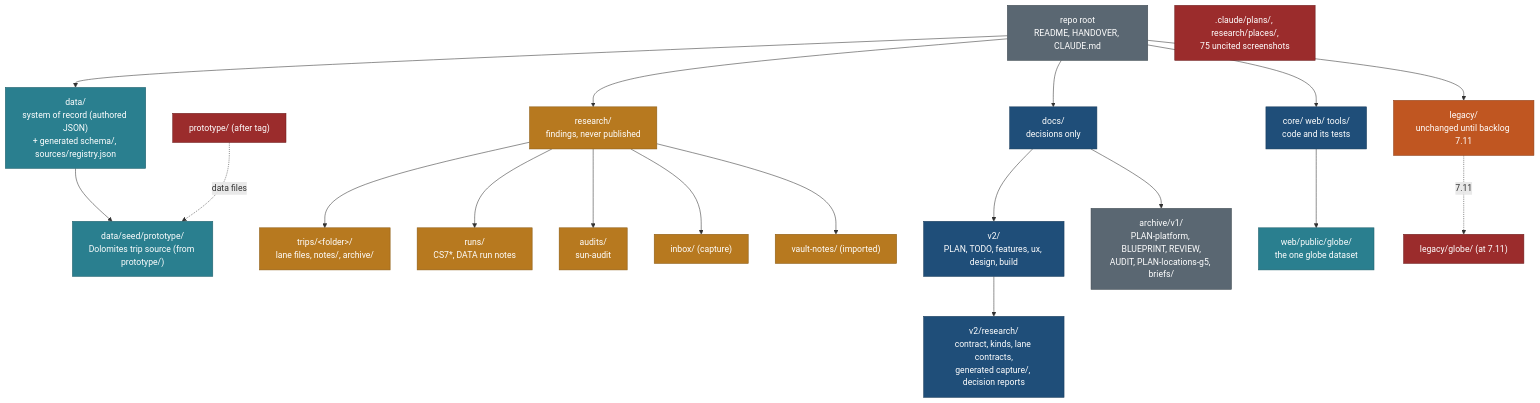
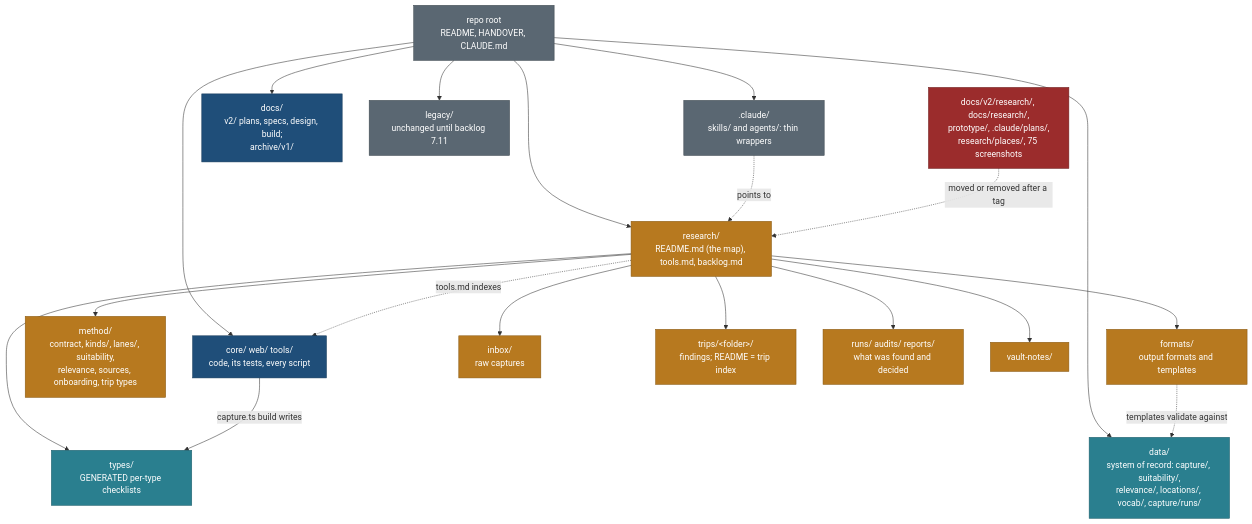
One commit to nitin27may/travel changed the diagram in docs/v2/CLEANUP-PLAN.md. Above: the diagram before and after it, drawn with Mermaid. The commit also changed other lines of this file and 4 other files, not shown here.

Commit message:
docs(v2): cleanup plan rev 2 (one research home), SRV-D decisions recorded

````diff
--- a/docs/v2/CLEANUP-PLAN.md
+++ b/docs/v2/CLEANUP-PLAN.md
@@ -13,38 +30,32 @@
 ```mermaid
 flowchart TB
   classDef core fill:#1F4E79,stroke:#163A5A,color:#FFFFFF
   classDef data fill:#2A7F8F,stroke:#1E5F6B,color:#FFFFFF
   classDef ext fill:#B7791F,stroke:#8A5A12,color:#FFFFFF
-  classDef gate fill:#C05621,stroke:#8C3E17,color:#FFFFFF
   classDef infra fill:#5A6772,stroke:#3E4850,color:#FFFFFF
   classDef gone fill:#9B2C2C,stroke:#6E1F1F,color:#FFFFFF
 
   ROOT["repo root<br/>README, HANDOVER, CLAUDE.md"]:::infra
-  CODE["core/ web/ tools/<br/>code and its tests"]:::core
-  DATA["data/<br/>system of record (authored JSON)<br/>+ generated schema/, sources/registry.json"]:::data
-  SEED["data/seed/prototype/<br/>Dolomites trip source (from prototype/)"]:::data
-  RES["research/<br/>findings, never published"]:::ext
-  RT["trips/&lt;folder&gt;/<br/>lane files, notes/, archive/"]:::ext
-  RR["runs/<br/>CS7*, DATA run notes"]:::ext
-  RA["audits/<br/>sun-audit"]:::ext
-  RI["inbox/ (capture)"]:::ext
-  RV["vault-notes/ (imported)"]:::ext
-  DOCS["docs/<br/>decisions only"]:::core
-  V2["v2/<br/>PLAN, TODO, features, ux, design, build"]:::core
-  V2R["v2/research/<br/>contract, kinds, lane contracts,<br/>generated capture/, decision reports"]:::core
-  ARC["archive/v1/<br/>PLAN-platform, BLUEPRINT, REVIEW,<br/>AUDIT, PLAN-locations-g5, briefs/"]:::infra
-  LEG["legacy/<br/>unchanged until backlog 7.11"]:::gate
-  GLOBE["web/public/globe/<br/>the one globe dataset"]:::data
-  X1["prototype/ (after tag)"]:::gone
-  X2[".claude/plans/, research/places/,<br/>75 uncited screenshots"]:::gone
-  X3["legacy/globe/ (at 7.11)"]:::gone
+  CLA[".claude/<br/>skills/ and agents/: thin wrappers"]:::infra
+  CODE["core/ web/ tools/<br/>code, its tests, every script"]:::core
+  DATA["data/<br/>system of record: capture/, suitability/,<br/>relevance/, locations/, vocab/, capture/runs/"]:::data
+  RES["research/<br/>README.md (the map), tools.md, backlog.md"]:::ext
+  RM["method/<br/>contract, kinds/, lanes/, suitability,<br/>relevance, sources, onboarding, trip types"]:::ext
+  RT["types/<br/>GENERATED per-type checklists"]:::data
+  RF["formats/<br/>output formats and templates"]:::ext
+  RI["inbox/<br/>raw captures"]:::ext
+  RTR["trips/&lt;folder&gt;/<br/>findings; README = trip index"]:::ext
+  RR["runs/ audits/ reports/<br/>what was found and decided"]:::ext
+  RV["vault-notes/"]:::ext
+  DOCS["docs/<br/>v2/ plans, specs, design, build;<br/>archive/v1/"]:::core
+  LEG["legacy/<br/>unchanged until backlog 7.11"]:::infra
+  X1["docs/v2/research/, docs/research/,<br/>prototype/, .claude/plans/,<br/>research/places/, 75 screenshots"]:::gone
 
-  ROOT --> CODE & DATA & RES & DOCS & LEG
-  DATA --> SEED
-  RES --> RT & RR & RA & RI & RV
-  DOCS --> V2 & ARC
-  V2 --> V2R
-  CODE --> GLOBE
-  X1 -. "data files" .-> SEED
-  LEG -. "7.11" .-> X3
+  ROOT --> CLA & CODE & DATA & RES & DOCS & LEG
+  CLA -. "points to" .-> RES
+  RES --> RM & RT & RF & RI & RTR & RR & RV
+  CODE -- "capture.ts build writes" --> RT
+  RF -. "templates validate against" .-> DATA
+  RES -. "tools.md indexes" .-> CODE
+  X1 -. "moved or removed after a tag" .-> RES
 ```
````
